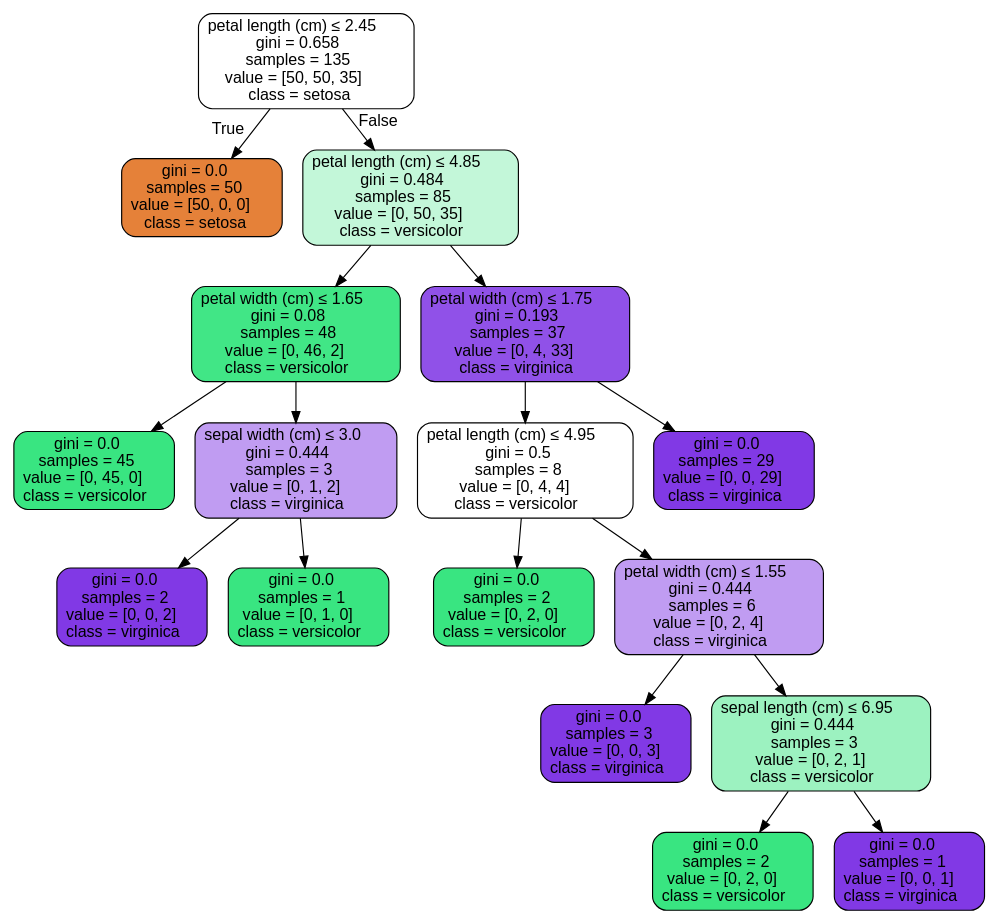
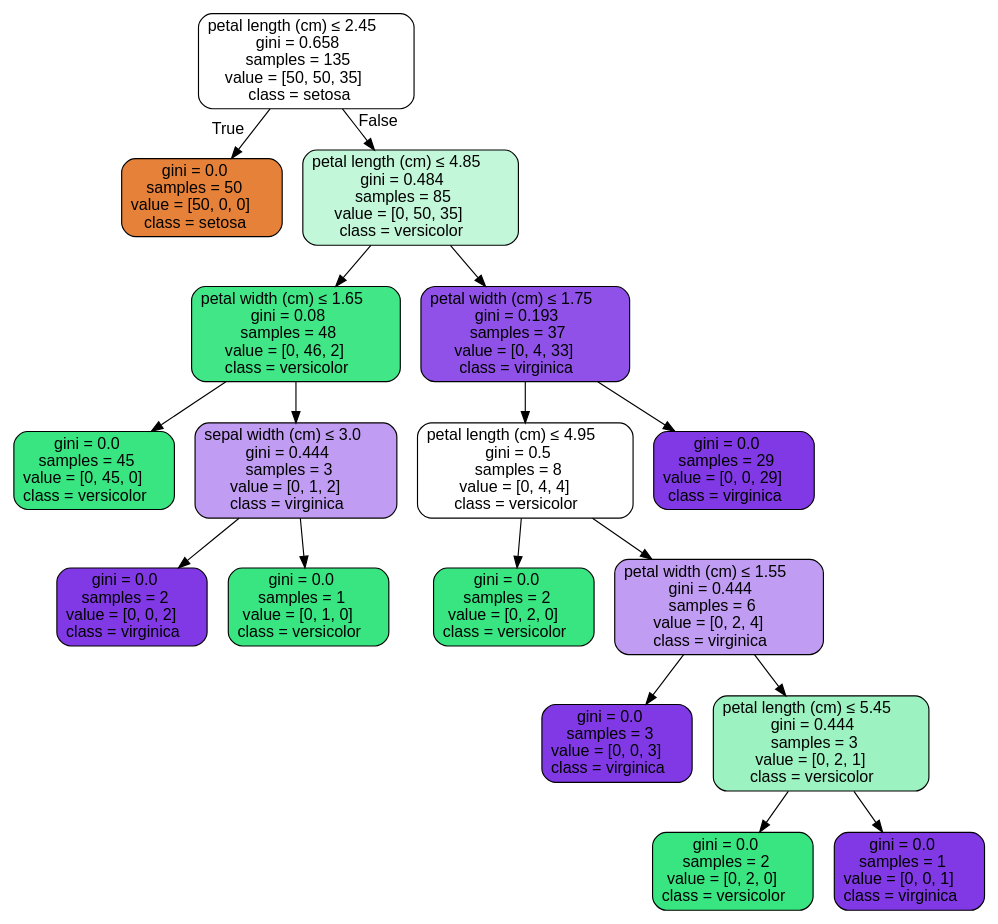
One commit to HishamLY/tucilAI changed the diagram in Source.gv. Above: the diagram before and after it, drawn with Graphviz. The commit also changed 3 other files, not shown here.

```diff
--- a/Source.gv
+++ b/Source.gv
@@ -1,37 +1,37 @@
 digraph Tree {
 node [shape=box, style="filled, rounded", color="black", fontname=helvetica] ;
 edge [fontname=helvetica] ;
 0 [label=<petal length (cm) &le; 2.45<br/>gini = 0.658<br/>samples = 135<br/>value = [50, 50, 35]<br/>class = setosa>, fillcolor="#e5813900"] ;
 1 [label=<gini = 0.0<br/>samples = 50<br/>value = [50, 0, 0]<br/>class = setosa>, fillcolor="#e58139ff"] ;
 0 -> 1 [labeldistance=2.5, labelangle=45, headlabel="True"] ;
 2 [label=<petal length (cm) &le; 4.85<br/>gini = 0.484<br/>samples = 85<br/>value = [0, 50, 35]<br/>class = versicolor>, fillcolor="#39e5814d"] ;
 0 -> 2 [labeldistance=2.5, labelangle=-45, headlabel="False"] ;
 3 [label=<petal width (cm) &le; 1.65<br/>gini = 0.08<br/>samples = 48<br/>value = [0, 46, 2]<br/>class = versicolor>, fillcolor="#39e581f4"] ;
 2 -> 3 ;
 4 [label=<gini = 0.0<br/>samples = 45<br/>value = [0, 45, 0]<br/>class = versicolor>, fillcolor="#39e581ff"] ;
 3 -> 4 ;
 5 [label=<sepal width (cm) &le; 3.0<br/>gini = 0.444<br/>samples = 3<br/>value = [0, 1, 2]<br/>class = virginica>, fillcolor="#8139e57f"] ;
 3 -> 5 ;
 6 [label=<gini = 0.0<br/>samples = 2<br/>value = [0, 0, 2]<br/>class = virginica>, fillcolor="#8139e5ff"] ;
 5 -> 6 ;
 7 [label=<gini = 0.0<br/>samples = 1<br/>value = [0, 1, 0]<br/>class = versicolor>, fillcolor="#39e581ff"] ;
 5 -> 7 ;
 8 [label=<petal width (cm) &le; 1.75<br/>gini = 0.193<br/>samples = 37<br/>value = [0, 4, 33]<br/>class = virginica>, fillcolor="#8139e5e0"] ;
 2 -> 8 ;
 9 [label=<petal length (cm) &le; 4.95<br/>gini = 0.5<br/>samples = 8<br/>value = [0, 4, 4]<br/>class = versicolor>, fillcolor="#39e58100"] ;
 8 -> 9 ;
 10 [label=<gini = 0.0<br/>samples = 2<br/>value = [0, 2, 0]<br/>class = versicolor>, fillcolor="#39e581ff"] ;
 9 -> 10 ;
 11 [label=<petal width (cm) &le; 1.55<br/>gini = 0.444<br/>samples = 6<br/>value = [0, 2, 4]<br/>class = virginica>, fillcolor="#8139e57f"] ;
 9 -> 11 ;
 12 [label=<gini = 0.0<br/>samples = 3<br/>value = [0, 0, 3]<br/>class = virginica>, fillcolor="#8139e5ff"] ;
 11 -> 12 ;
-13 [label=<sepal length (cm) &le; 6.95<br/>gini = 0.444<br/>samples = 3<br/>value = [0, 2, 1]<br/>class = versicolor>, fillcolor="#39e5817f"] ;
+13 [label=<petal length (cm) &le; 5.45<br/>gini = 0.444<br/>samples = 3<br/>value = [0, 2, 1]<br/>class = versicolor>, fillcolor="#39e5817f"] ;
 11 -> 13 ;
 14 [label=<gini = 0.0<br/>samples = 2<br/>value = [0, 2, 0]<br/>class = versicolor>, fillcolor="#39e581ff"] ;
 13 -> 14 ;
 15 [label=<gini = 0.0<br/>samples = 1<br/>value = [0, 0, 1]<br/>class = virginica>, fillcolor="#8139e5ff"] ;
 13 -> 15 ;
 16 [label=<gini = 0.0<br/>samples = 29<br/>value = [0, 0, 29]<br/>class = virginica>, fillcolor="#8139e5ff"] ;
 8 -> 16 ;
 }
```
